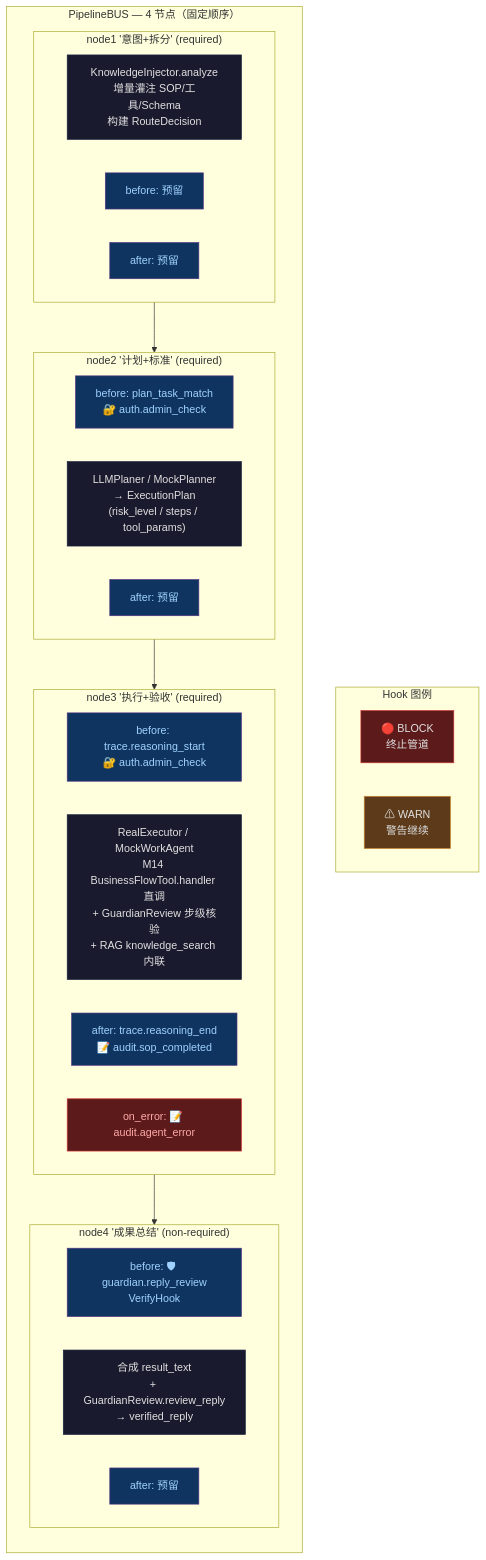
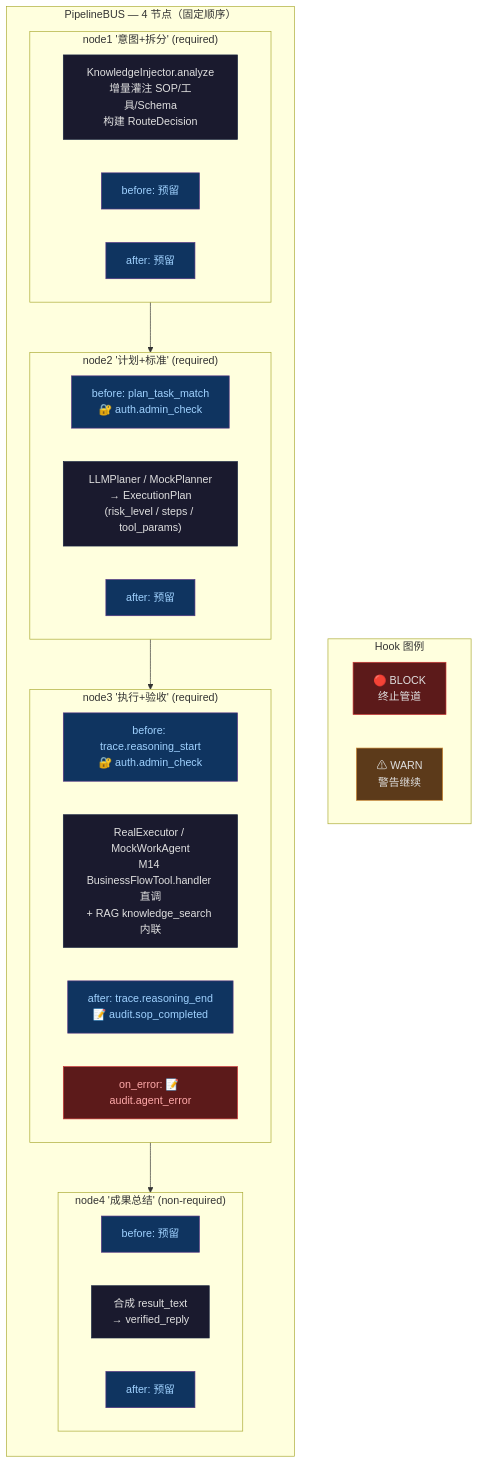
One commit to Ellyshome/Emily changed the third of 4 diagrams in docs/业务模块与运转全景.md. Above: the diagram before and after it, drawn with Mermaid. The commit also changed other lines of this file and 68 other files, not shown here.

````diff
--- a/docs/业务模块与运转全景.md
+++ b/docs/业务模块与运转全景.md
@@ -101,45 +101,45 @@
 ```mermaid
 graph TD
     subgraph Legend["Hook 图例"]
         L_BLOCK["🔴 BLOCK<br/>终止管道"]:::block
         L_WARN["⚠ WARN<br/>警告继续"]:::warn
     end
 
     subgraph BUS["PipelineBUS — 4 节点（固定顺序）"]
         direction TB
 
         subgraph N1["node1 '意图+拆分' (required)"]
             N1H["KnowledgeInjector.analyze<br/>增量灌注 SOP/工具/Schema<br/>构建 RouteDecision"]:::node
             N1H_before["before: 预留"]:::hook_before
             N1H_after["after: 预留"]:::hook_after
         end
 
         subgraph N2["node2 '计划+标准' (required)"]
             N2_before["before: plan_task_match<br/>🔐 auth.admin_check"]:::hook_before
             N2H["LLMPlaner / MockPlanner<br/>→ ExecutionPlan<br/>(risk_level / steps / tool_params)"]:::node
             N2_after["after: 预留"]:::hook_after
         end
 
         subgraph N3["node3 '执行+验收' (required)"]
             N3_before["before: trace.reasoning_start<br/>🔐 auth.admin_check"]:::hook_before
-            N3H["RealExecutor / MockWorkAgent<br/>M14 BusinessFlowTool.handler 直调<br/>+ GuardianReview 步级核验<br/>+ RAG knowledge_search 内联"]:::node
+            N3H["RealExecutor / MockWorkAgent<br/>M14 BusinessFlowTool.handler 直调<br/>+ RAG knowledge_search 内联"]:::node
             N3_after["after: trace.reasoning_end<br/>📝 audit.sop_completed"]:::hook_after
             N3_error["on_error: 📝 audit.agent_error"]:::hook_error
         end
 
         subgraph N4["node4 '成果总结' (non-required)"]
-            N4_before["before: 🛡 guardian.reply_review<br/>VerifyHook"]:::hook_before
-            N4H["合成 result_text<br/>+ GuardianReview.review_reply<br/>→ verified_reply"]:::node
+            N4_before["before: 预留"]:::hook_before
+            N4H["合成 result_text<br/>→ verified_reply"]:::node
             N4_after["after: 预留"]:::hook_after
         end
 
         N1 --> N2 --> N3 --> N4
     end
 
     classDef node fill:#1a1a2e,stroke:#16213e,color:#e0e0e0
     classDef hook_before fill:#0f3460,stroke:#533483,color:#a0d2ff
     classDef hook_after fill:#0f3460,stroke:#533483,color:#a0d2ff
     classDef hook_error fill:#5c1a1a,stroke:#cc3333,color:#ffaaaa
     classDef block fill:#5c1a1a,stroke:#cc3333
     classDef warn fill:#5c3a1a,stroke:#cc8833
 ```
````
